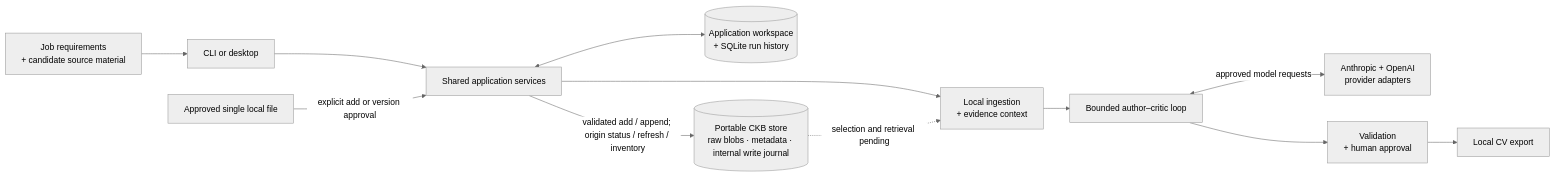
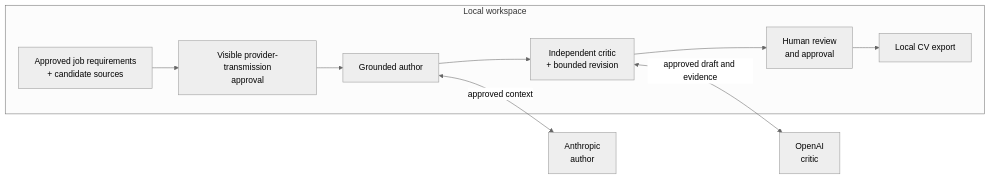
The first of 2 diagrams in README.md (akoita/draft-loop), drawn with Mermaid (neutral theme) before and after one commit. The commit also changed other lines of this file, not shown here.

````diff
--- a/README.md
+++ b/README.md
@@ -136,23 +29,16 @@
 ```mermaid
 flowchart LR
-    Inputs["Job requirements<br/>+ candidate source material"]
-    Adapters["CLI or desktop"]
-    Application["Shared application services"]
-    Context["Local ingestion<br/>+ evidence context"]
-    Loop["Bounded author–critic loop"]
-    Models["Anthropic + OpenAI<br/>provider adapters"]
-    Review["Validation<br/>+ human approval"]
-    Export["Local CV export"]
-    WorkspaceStore[("Application workspace<br/>+ SQLite run history")]
-    ApprovedFile["Approved single local file"]
-    CKBStore[("Portable CKB store<br/>raw blobs · metadata · internal write journal")]
-
-    Inputs --> Adapters --> Application
-    Application --> Context --> Loop
-    Loop <-->|"approved model requests"| Models
-    Loop --> Review --> Export
-    Application <--> WorkspaceStore
-    ApprovedFile -->|"explicit add or version approval"| Application
-    Application -->|"validated add / append; origin status / refresh / inventory"| CKBStore
-    CKBStore -.->|"selection and retrieval pending"| Context
+    subgraph Local["Local workspace"]
+        Inputs["Approved job requirements<br/>+ candidate sources"]
+        Gate["Visible provider-transmission<br/>approval"]
+        Author["Grounded author"]
+        Critic["Independent critic<br/>+ bounded revision"]
+        Human["Human review<br/>and approval"]
+        Export["Local CV export"]
+        Inputs --> Gate --> Author --> Critic --> Human --> Export
+    end
+    Anthropic["Anthropic<br/>author"]
+    OpenAI["OpenAI<br/>critic"]
+    Author <-->|"approved context"| Anthropic
+    Critic <-->|"approved draft and evidence"| OpenAI
 ```
````
